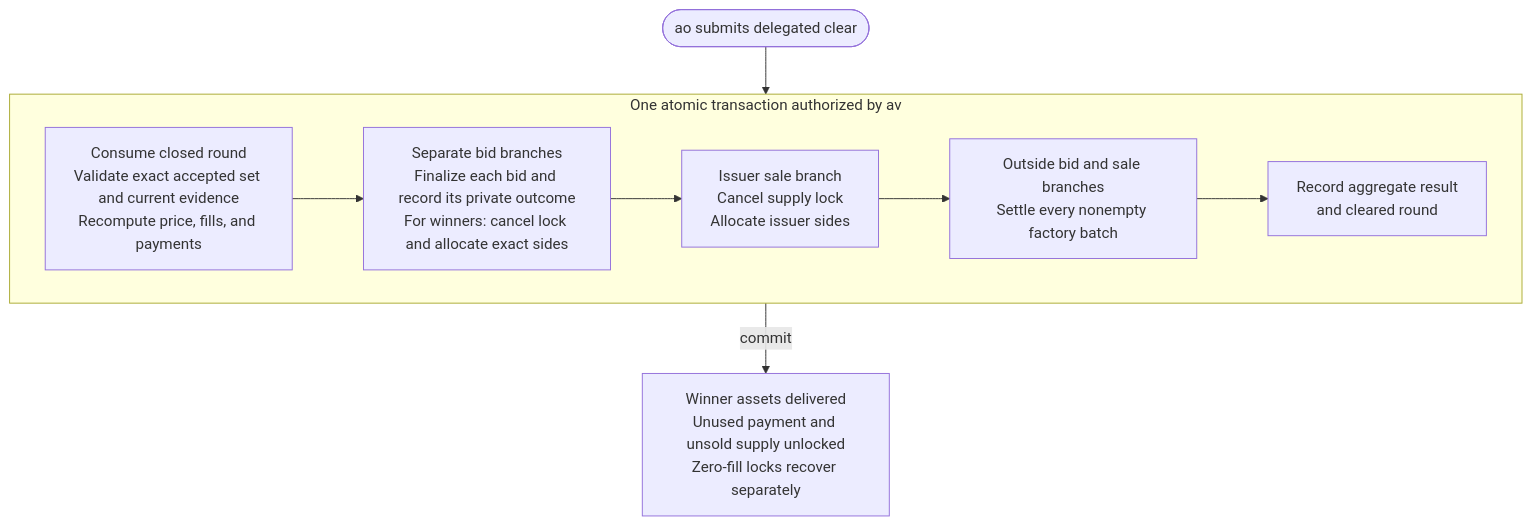
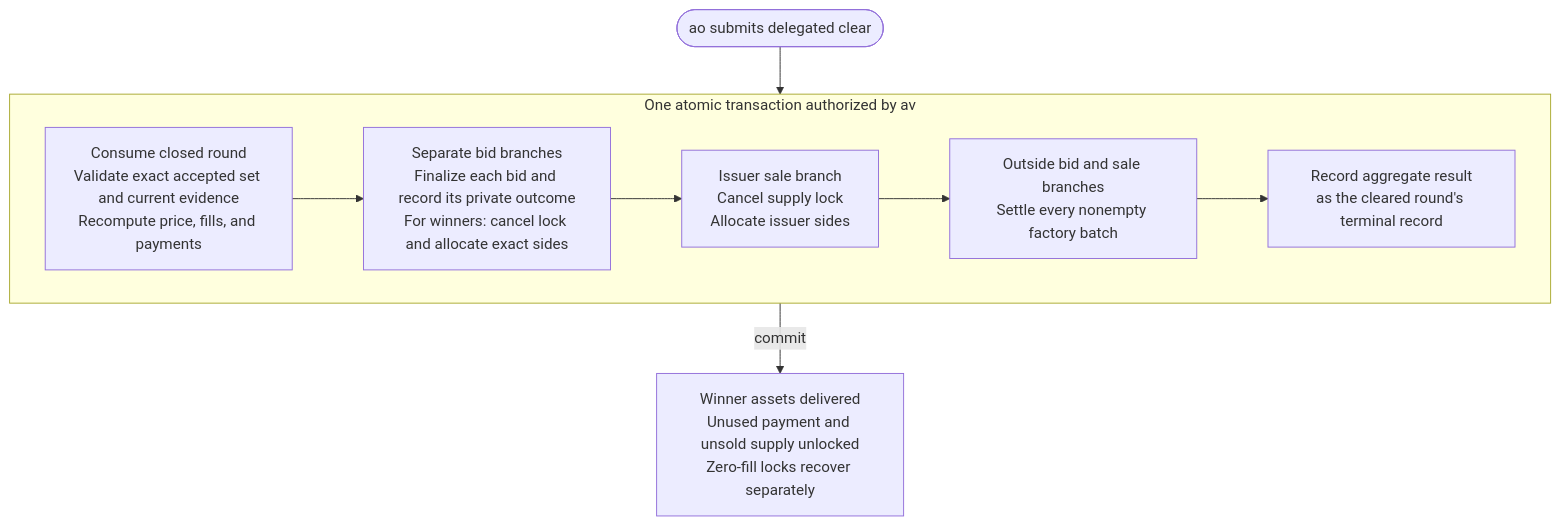
The fifth of 6 diagrams in docs/reference-architectures/confidential-auction.md (OpenZeppelin/canton-specs), drawn with Mermaid before and after one commit. The commit also changed other lines of this file, not shown here.

````diff
--- a/docs/reference-architectures/confidential-auction.md
+++ b/docs/reference-architectures/confidential-auction.md
@@ -595,14 +638,14 @@
 ```mermaid
 flowchart TB
     Operator([ao submits delegated clear])
     subgraph ClearTx["One atomic transaction authorized by av"]
         Validate["Consume closed round<br/>Validate exact accepted set and current evidence<br/>Recompute price, fills, and payments"]
         Bids["Separate bid branches<br/>Finalize each bid and record its private outcome<br/>For winners: cancel lock and allocate exact sides"]
         Sale["Issuer sale branch<br/>Cancel supply lock<br/>Allocate issuer sides"]
         Batches["Outside bid and sale branches<br/>Settle every nonempty factory batch"]
-        Result["Record aggregate result<br/>and cleared round"]
+        Result["Record aggregate result<br/>as the cleared round's terminal record"]
         Validate --> Bids --> Sale --> Batches --> Result
     end
     Operator --> ClearTx
     ClearTx -->|"commit"| Done["Winner assets delivered<br/>Unused payment and unsold supply unlocked<br/>Zero-fill locks recover separately"]
 ```
````
